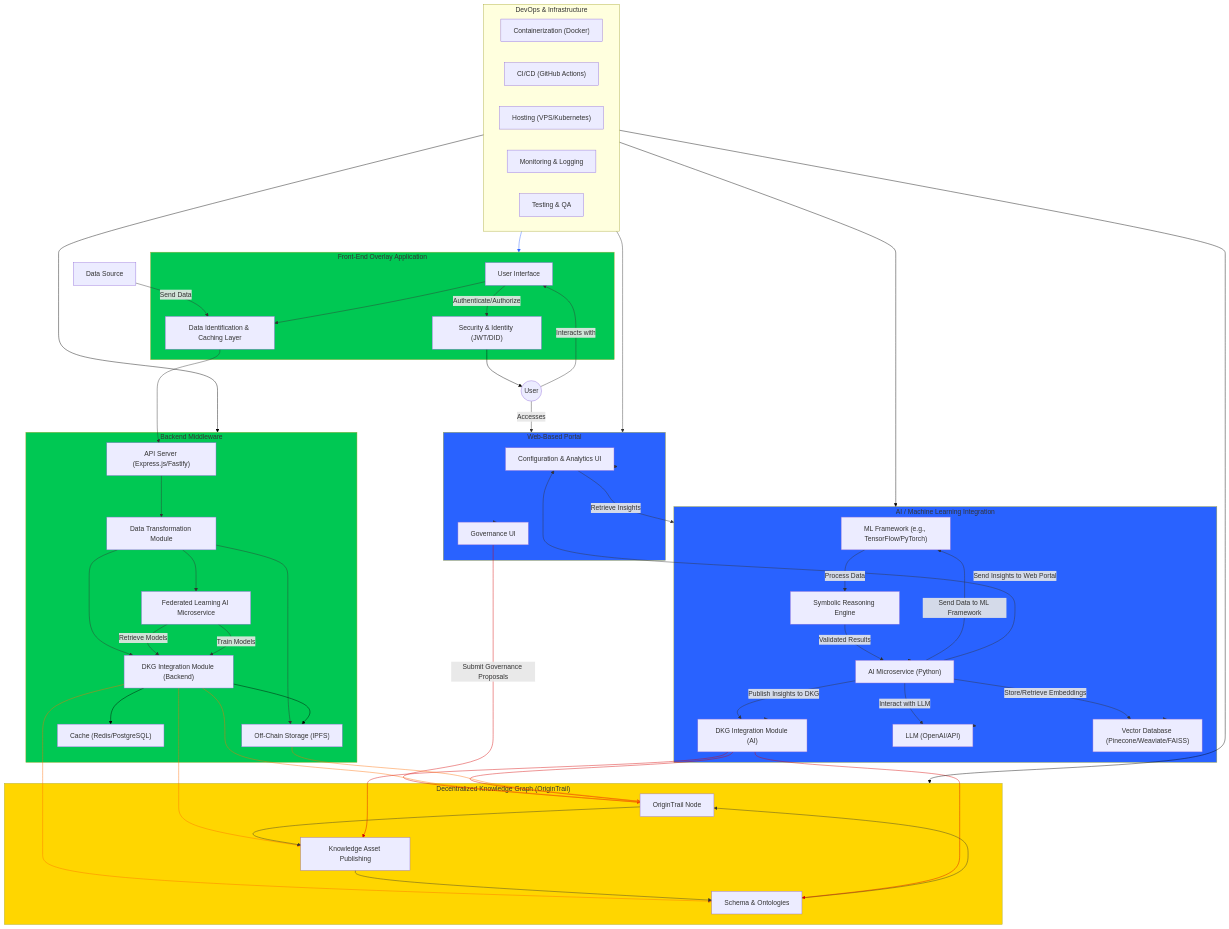
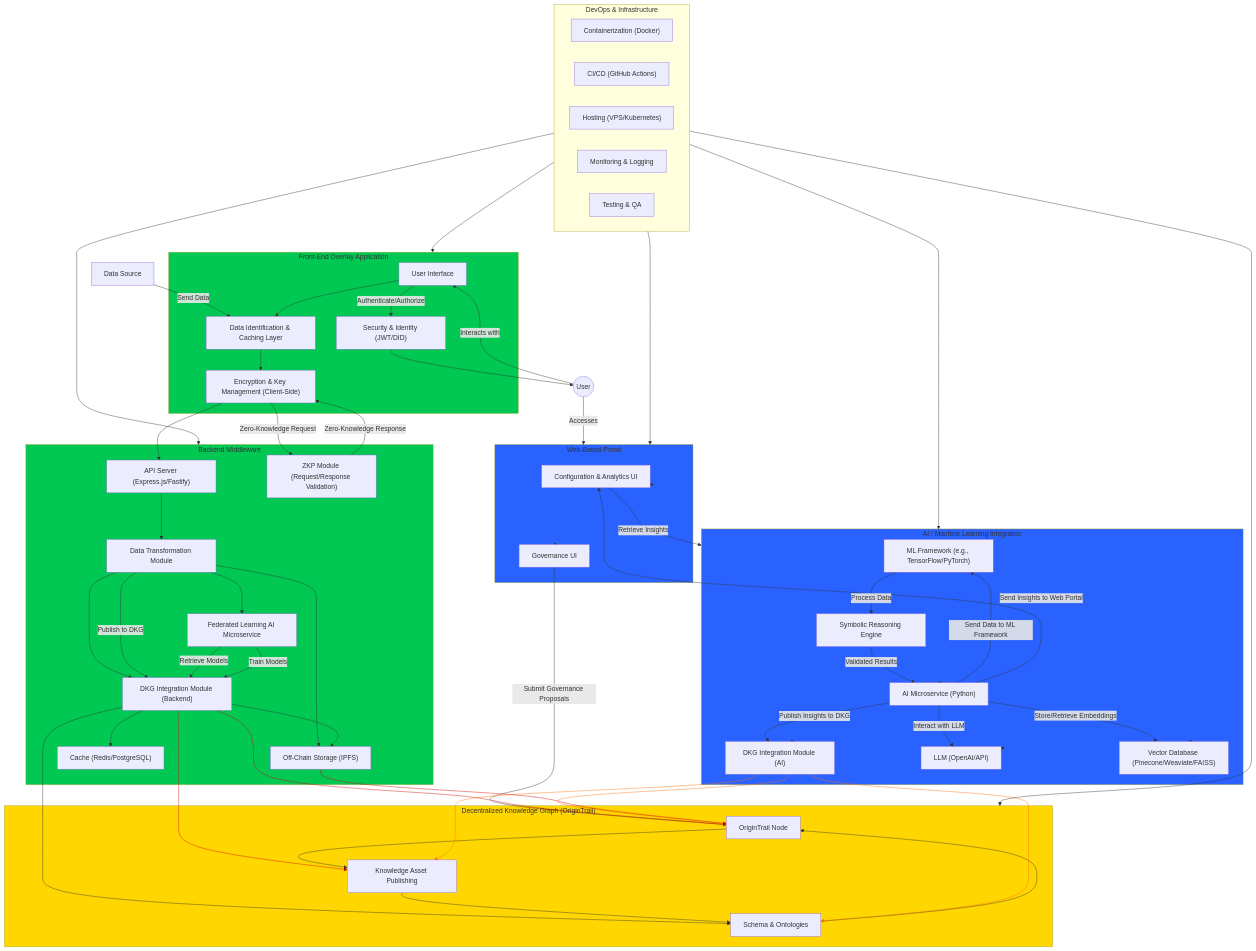
One commit to thebalaa/project-root changed the diagram in README.md. Above: the diagram before and after it, drawn with Mermaid. The commit also changed other lines of this file and 25 other files, not shown here.

Commit message:
client side encryption and zkp module

````diff
--- a/README.md
+++ b/README.md
@@ -173,6 +175,7 @@
         FE1["User Interface"]
         FE2["Data Identification & Caching Layer"]
         FE4["Security & Identity (JWT/DID)"]
+        NEW_FE_ENC["Encryption & Key Management (Client-Side)"]
   end
  subgraph Backend["Backend Middleware"]
         BE1["API Server (Express.js/Fastify)"]
@@ -181,6 +184,7 @@
         BE4["Off-Chain Storage (IPFS)"]
         BE5["Cache (Redis/PostgreSQL)"]
         BE8["Federated Learning AI Microservice"]
+        NEW_BE_ZKP["ZKP Module (Request/Response Validation)"]
   end
  subgraph DKG["Decentralized Knowledge Graph (OriginTrail)"]
         DKG1["OriginTrail Node"]
@@ -210,13 +214,15 @@
     User(("User")) -- Interacts with --> FE1
     FE1 --> FE2
     FE1 -- Authenticate/Authorize --> FE4
-    FE2 --> BE1
+    FE2 --> NEW_FE_ENC
+    NEW_FE_ENC --> BE1
     User -- Accesses --> Web_Portal
     Web_Portal --> FE3 & GOV
     FE3 -- Retrieve Insights --> AI_Service
     GOV -- Submit Governance Proposals --> DKG1
     BE1 --> BE2
     BE2 --> BE3 & BE4 & BE8
+    BE2 -- Publish to DKG --> BE3
     BE3 --> DKG1 & DKG2 & DKG3 & BE4 & BE5
     BE8 -- Retrieve Models --> BE3
     BE8 -- Train Models --> BE3
@@ -235,24 +241,17 @@
     BE4 --> DKG1
     FE4 --> User
     DevOps --> Front_End & Backend & DKG & AI_Service & Web_Portal
+    NEW_FE_ENC -- "Zero-Knowledge Request" --> NEW_BE_ZKP
+    NEW_BE_ZKP -- "Zero-Knowledge Response" --> NEW_FE_ENC
     style Web_Portal fill:#2962FF
     style AI_Service fill:#2962FF
     style Front_End fill:#00C853
     style Backend fill:#00C853
     style DKG fill:#FFD600
-    linkStyle 9 stroke:#D50000,fill:none
-    linkStyle 14 stroke:#FF6D00,fill:none
-    linkStyle 15 stroke:#FF6D00,fill:none
-    linkStyle 16 stroke:#FF6D00,fill:none
-    linkStyle 17 stroke:#000000,fill:none
-    linkStyle 18 stroke:#000000,fill:none
-    linkStyle 35 stroke:#D50000,fill:none
-    linkStyle 36 stroke:#D50000,fill:none
-    linkStyle 37 stroke:#D50000,fill:none
+    linkStyle 16 stroke:#D50000,fill:none
+    linkStyle 17 stroke:#D50000,fill:none
+    linkStyle 37 stroke:#FF6D00,fill:none
     linkStyle 38 stroke:#FF6D00,fill:none
-    linkStyle 39 stroke:#000000,fill:none
-    linkStyle 40 stroke:#2962FF,fill:none
-    linkStyle 41 stroke:#000000,fill:none
-    linkStyle 42 stroke:#000000,fill:none
-    linkStyle 43 stroke:#000000,fill:none
+    linkStyle 39 stroke:#FF6D00
+    linkStyle 40 stroke:#D50000,fill:none
 ```
````
